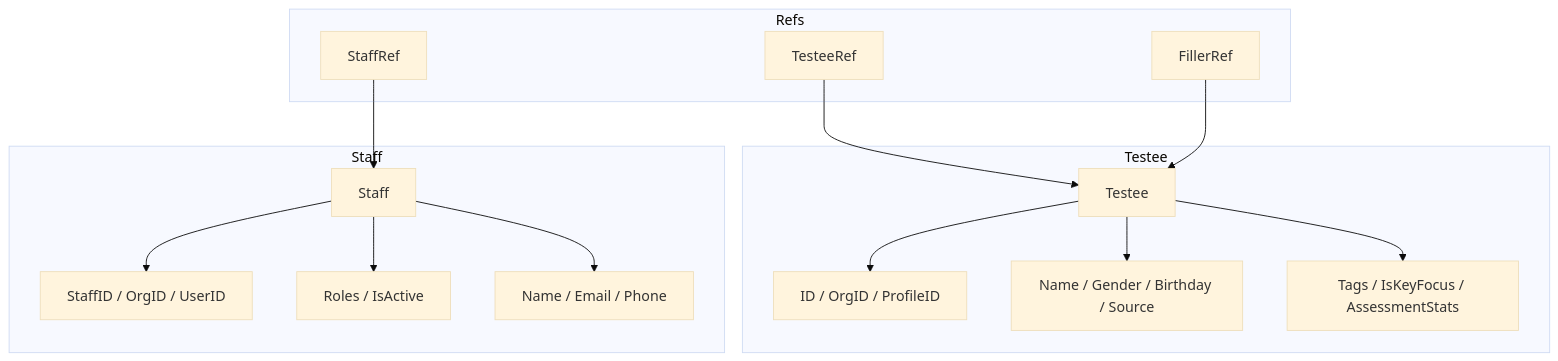
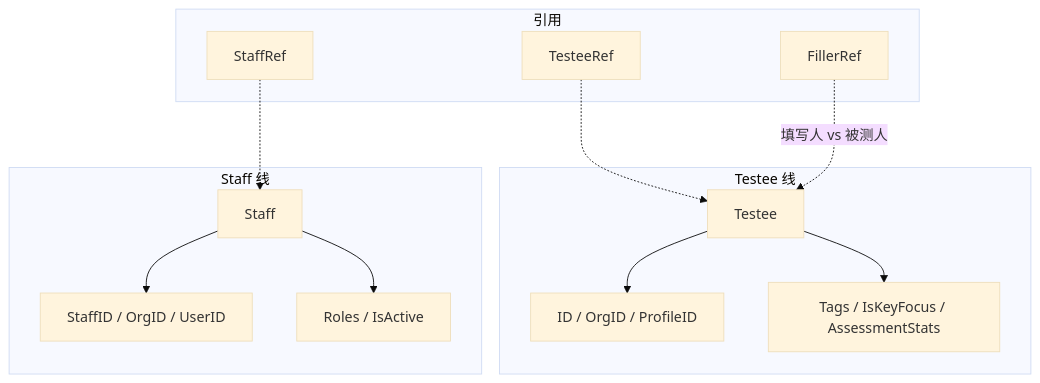
Before and after one commit to FangcunMount/qs-server: the third of 5 diagrams in docs/02-业务模块/05-actor.md, drawn with Mermaid (base theme). The commit also changed other lines of this file and 34 other files, not shown here.

````diff
--- a/docs/02-业务模块/05-actor.md
+++ b/docs/02-业务模块/05-actor.md
@@ -93,32 +133,28 @@
 ```mermaid
-flowchart TD
-    subgraph testeeLine[Testee]
-        testee[Testee]
-        testeeCore[ID / OrgID / ProfileID]
-        testeeInfo[Name / Gender / Birthday / Source]
-        testeeBiz[Tags / IsKeyFocus / AssessmentStats]
+flowchart TB
+    subgraph TE[Testee 线]
+        T[Testee]
+        TID[ID / OrgID / ProfileID]
+        TBIZ[Tags / IsKeyFocus / AssessmentStats]
     end
 
-    subgraph staffLine[Staff]
-        staff[Staff]
-        staffCore[StaffID / OrgID / UserID]
-        staffBiz[Roles / IsActive]
-        staffCache[Name / Email / Phone]
+    subgraph ST[Staff 线]
+        S[Staff]
+        SID[StaffID / OrgID / UserID]
+        SROLE[Roles / IsActive]
     end
 
-    subgraph refs[Refs]
-        tref[TesteeRef]
-        sref[StaffRef]
-        fref[FillerRef]
+    subgraph REF[引用]
+        TR[TesteeRef]
+        SR[StaffRef]
+        FR[FillerRef]
     end
 
-    testee --> testeeCore
-    testee --> testeeInfo
-    testee --> testeeBiz
-    staff --> staffCore
-    staff --> staffBiz
-    staff --> staffCache
-    tref --> testee
-    sref --> staff
-    fref --> testee
+    T --> TID
+    T --> TBIZ
+    S --> SID
+    S --> SROLE
+    TR -.-> T
+    SR -.-> S
+    FR -.->|填写人 vs 被测人| T
 ```
````
